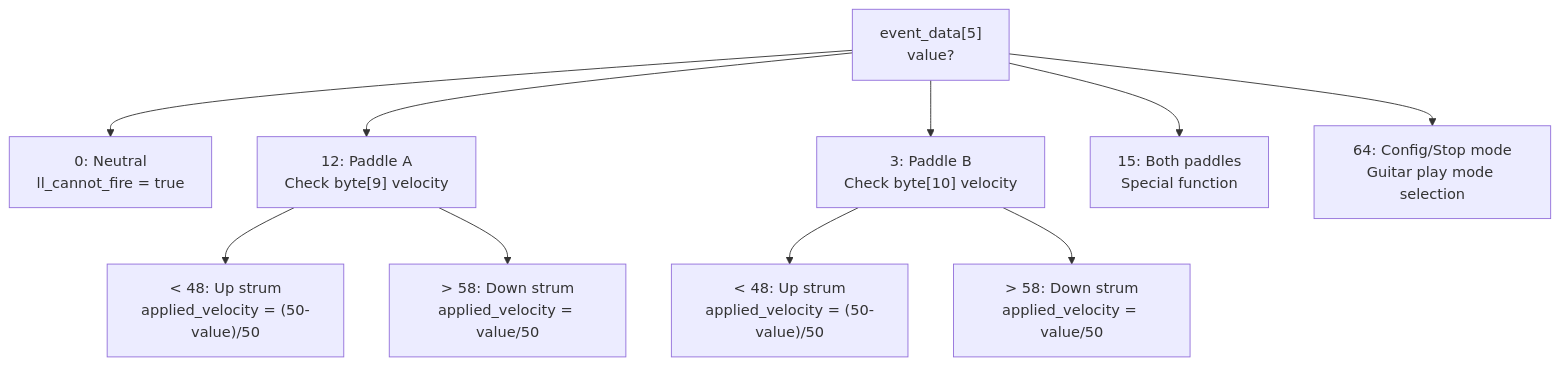
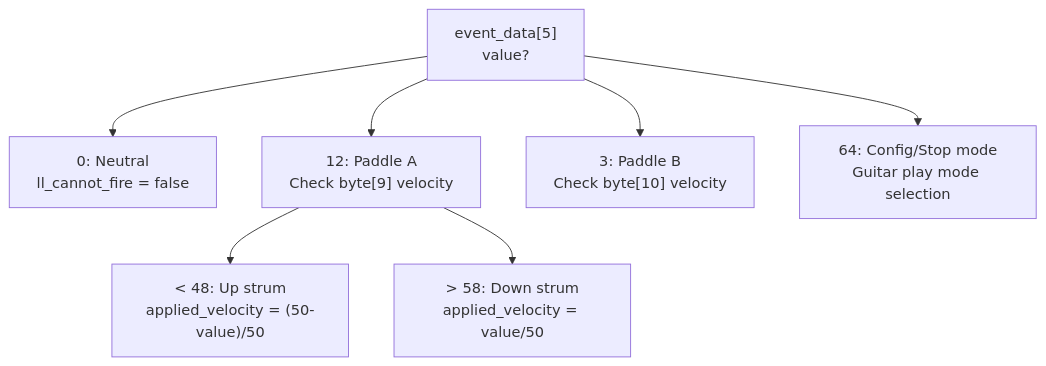
Before and after one commit to Jus-Be/orinayo-pico: the fifth of 8 diagrams in wiki/4.5-specialized-midi-devices.md, drawn with Mermaid. The commit also changed other lines of this file and 42 other files, not shown here.

````diff
--- a/wiki/4.5-specialized-midi-devices.md
+++ b/wiki/4.5-specialized-midi-devices.md
@@ -198,24 +209,18 @@
 ```mermaid
 flowchart TD
 
 CheckPaddle["event_data[5]<br>value?"]
-Neutral["0: Neutral<br>ll_cannot_fire = true"]
+Neutral["0: Neutral<br>ll_cannot_fire = false"]
 PaddleA["12: Paddle A<br>Check byte[9] velocity"]
 PaddleB["3: Paddle B<br>Check byte[10] velocity"]
-BothPaddles["15: Both paddles<br>Special function"]
 ConfigMode["64: Config/Stop mode<br>Guitar play mode selection"]
 VelUp["< 48: Up strum<br>applied_velocity = (50-value)/50"]
 VelDown["> 58: Down strum<br>applied_velocity = value/50"]
-VelUp2["< 48: Up strum<br>applied_velocity = (50-value)/50"]
-VelDown2["> 58: Down strum<br>applied_velocity = value/50"]
 
 CheckPaddle --> Neutral
 CheckPaddle --> PaddleA
 CheckPaddle --> PaddleB
-CheckPaddle --> BothPaddles
 CheckPaddle --> ConfigMode
 PaddleA --> VelUp
 PaddleA --> VelDown
-PaddleB --> VelUp2
-PaddleB --> VelDown2
 ```
````
